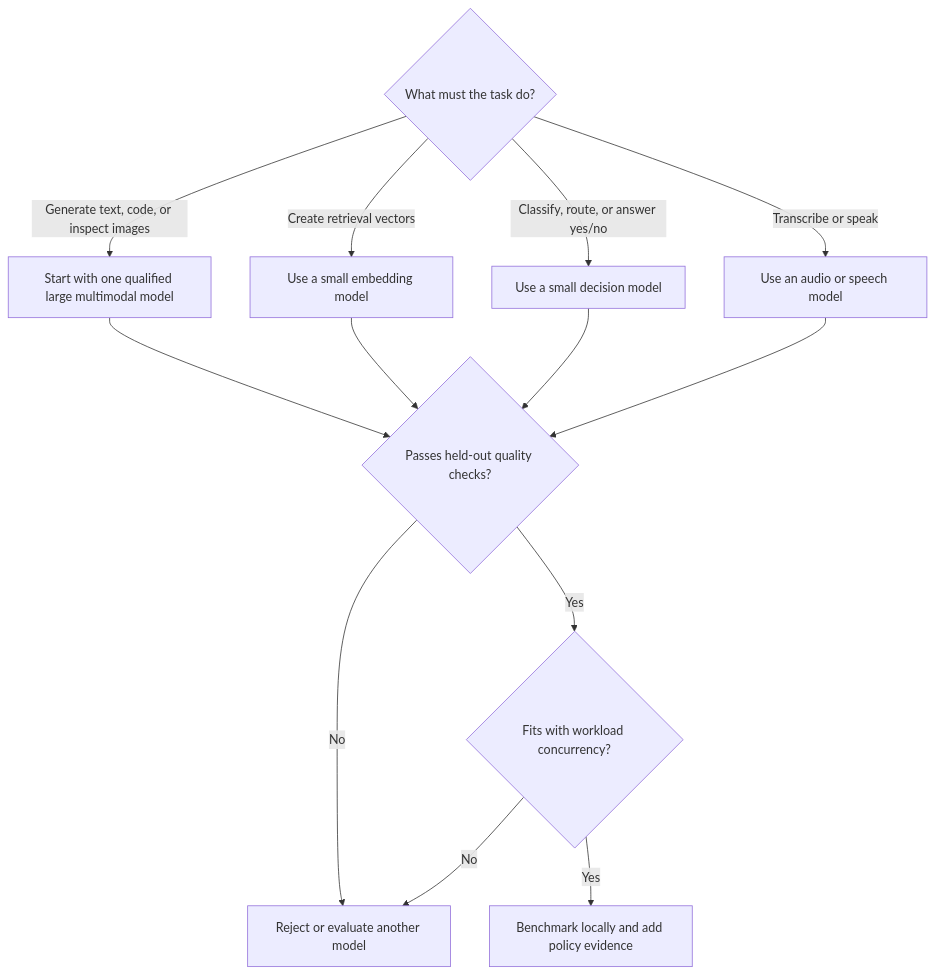
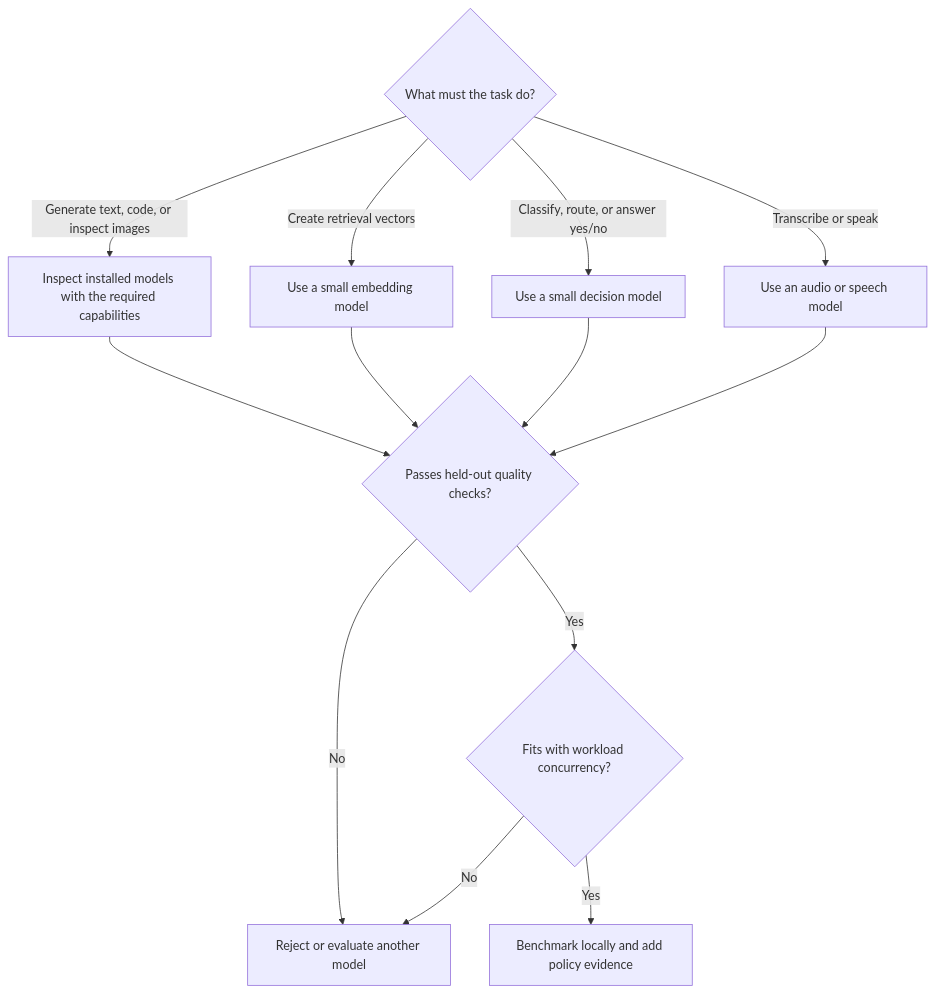
One commit to bgauryy/FreeLlama changed the diagram in docs/MODEL_SELECTION.md. Above: the diagram before and after it, drawn with Mermaid. The commit also changed other lines of this file and 166 other files, not shown here.

````diff
--- a/docs/MODEL_SELECTION.md
+++ b/docs/MODEL_SELECTION.md
@@ -19,16 +21,16 @@
 ```mermaid
 flowchart TD
     T{"What must the task do?"}
-    T -->|"Generate text, code, or inspect images"| L["Start with one qualified large multimodal model"]
+    T -->|"Generate text, code, or inspect images"| L["Inspect installed models with the required capabilities"]
     T -->|"Create retrieval vectors"| E["Use a small embedding model"]
     T -->|"Classify, route, or answer yes/no"| D["Use a small decision model"]
     T -->|"Transcribe or speak"| A["Use an audio or speech model"]
     L --> Q{"Passes held-out quality checks?"}
     E --> Q
     D --> Q
     A --> Q
     Q -->|"No"| N["Reject or evaluate another model"]
     Q -->|"Yes"| M{"Fits with workload concurrency?"}
     M -->|"No"| N
     M -->|"Yes"| B["Benchmark locally and add policy evidence"]
 ```
````
